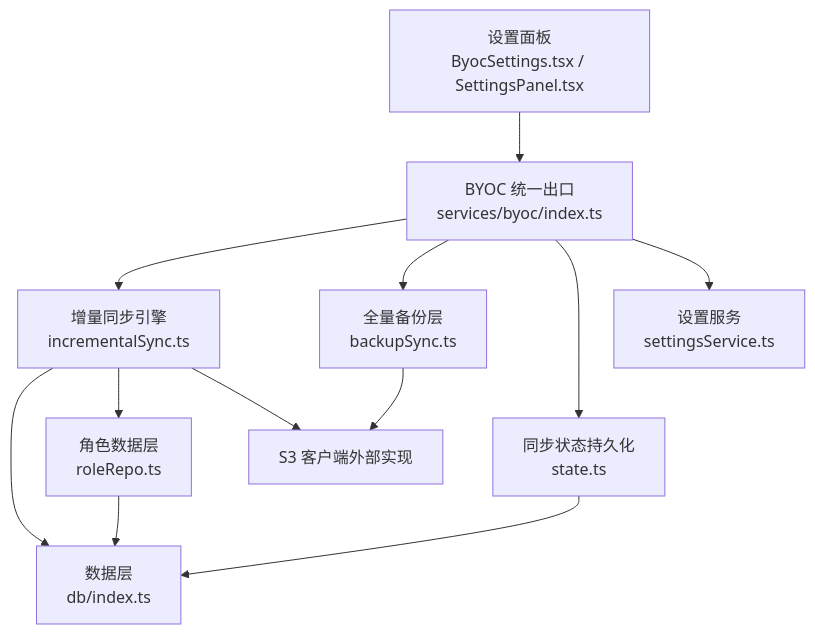
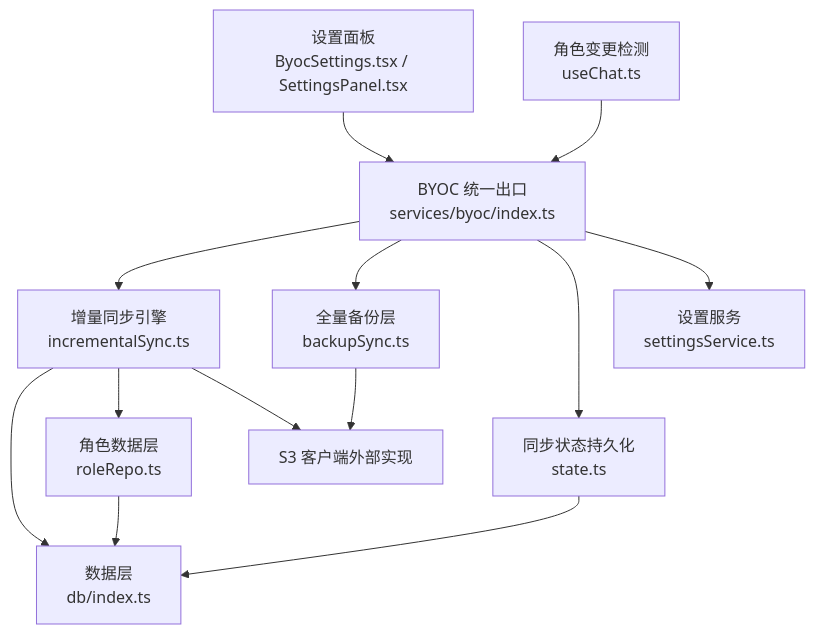
Before and after one commit to billye220670/AIShop: the first of 5 diagrams in .qoder/repowiki/zh/content/数据持久化/BYOC云同步系统.md, drawn with Mermaid. The commit also changed other lines of this file and 30 other files, not shown here.

First line of the commit message:
fix: 修复 BYOC 自动同步与流式输出的竞态（圆点中断、Load failed、图片不可用）

````diff
--- a/.qoder/repowiki/zh/content/数据持久化/BYOC云同步系统.md
+++ b/.qoder/repowiki/zh/content/数据持久化/BYOC云同步系统.md
@@ -50,14 +53,15 @@
 ```mermaid
 graph TB
 UI["设置面板<br/>ByocSettings.tsx / SettingsPanel.tsx"] --> API["BYOC 统一出口<br/>services/byoc/index.ts"]
 API --> INC["增量同步引擎<br/>incrementalSync.ts"]
 API --> BAK["全量备份层<br/>backupSync.ts"]
 API --> ST["同步状态持久化<br/>state.ts"]
 API --> CFG["设置服务<br/>settingsService.ts"]
 INC --> DB["数据层<br/>db/index.ts"]
 INC --> ROLE["角色数据层<br/>roleRepo.ts"]
 INC --> S3["S3 客户端外部实现"]
 BAK --> S3
 ST --> DB
 ROLE --> DB
+USECHAT["角色变更检测<br/>useChat.ts"] --> API
 ```
````
